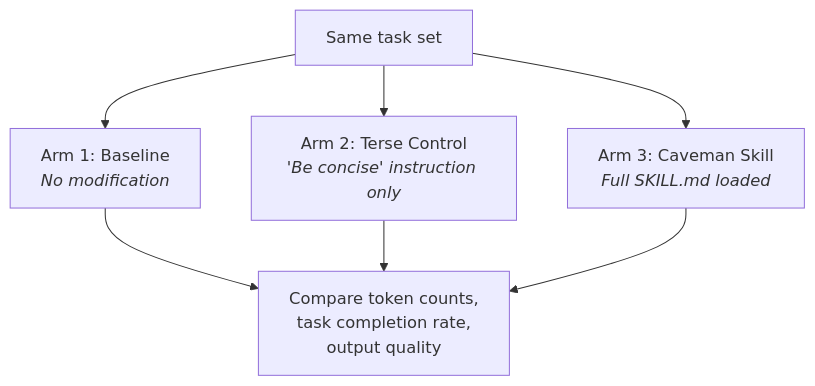
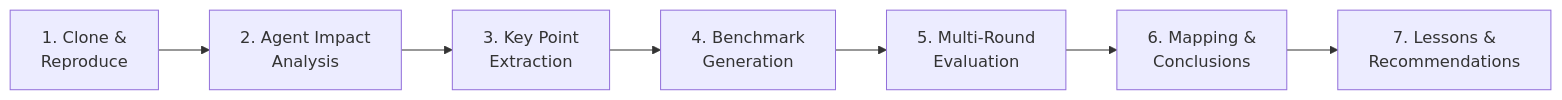
The diagram in docs/showcase/caveman-analysis.md (YoRHa-Agents/NineS), drawn with Mermaid before and after one commit. The commit also changed other lines of this file and 31 other files, not shown here.

````diff
--- a/docs/showcase/caveman-analysis.md
+++ b/docs/showcase/caveman-analysis.md
@@ -290,9 +17,9 @@
 ```mermaid
-graph TD
-    A["Same task set"] --> B["Arm 1: Baseline<br/><i>No modification</i>"]
-    A --> C["Arm 2: Terse Control<br/><i>'Be concise' instruction only</i>"]
-    A --> D["Arm 3: Caveman Skill<br/><i>Full SKILL.md loaded</i>"]
-    B --> E["Compare token counts,<br/>task completion rate,<br/>output quality"]
-    C --> E
-    D --> E
+graph LR
+    A["1. Clone &<br/>Reproduce"] --> B["2. Agent Impact<br/>Analysis"]
+    B --> C["3. Key Point<br/>Extraction"]
+    C --> D["4. Benchmark<br/>Generation"]
+    D --> E["5. Multi-Round<br/>Evaluation"]
+    E --> F["6. Mapping &<br/>Conclusions"]
+    F --> G["7. Lessons &<br/>Recommendations"]
 ```
````
